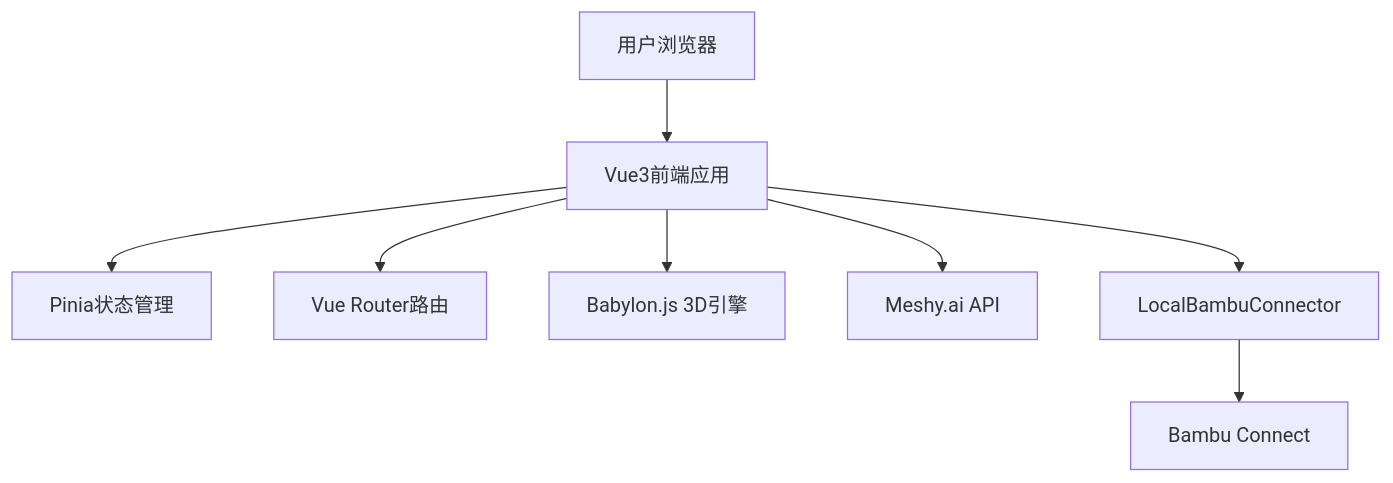
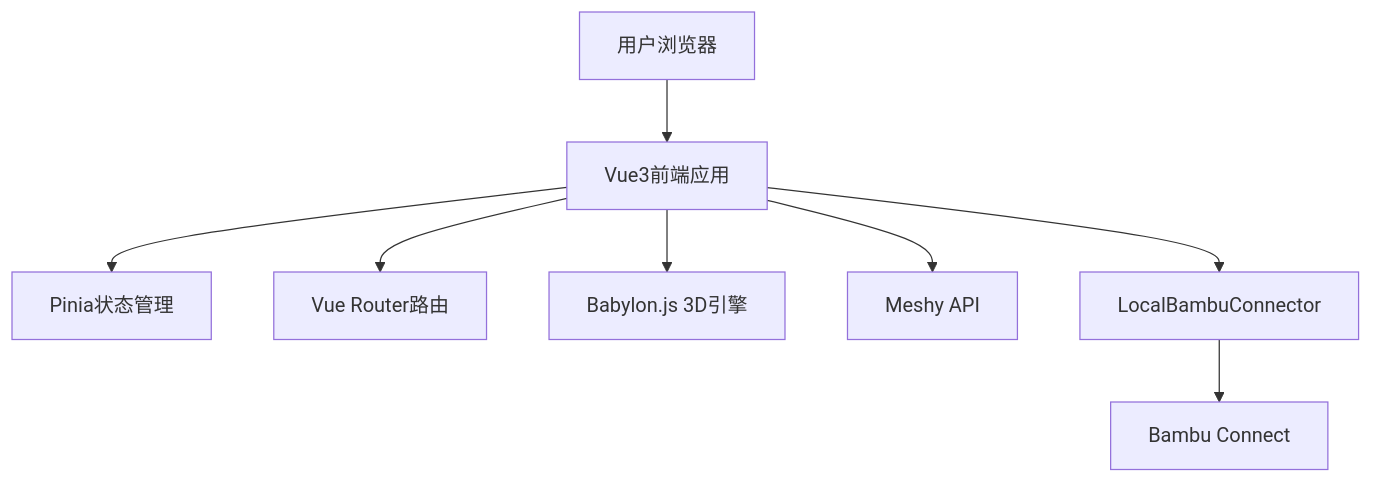
One commit to sunqirui1987/qiniu-hackathon-3d changed the diagram in README.md. Above: the diagram before and after it, drawn with Mermaid. The commit also changed other lines of this file and 4 other files, not shown here.

````diff
--- a/README.md
+++ b/README.md
@@ -31,10 +63,10 @@
 ```mermaid
 graph TD
     A[用户浏览器] --> B[Vue3前端应用]
     B --> C[Pinia状态管理]
     B --> D[Vue Router路由]
     B --> E[Babylon.js 3D引擎]
-    B --> F[Meshy.ai API]
+    B --> F[Meshy API]
     B --> G[LocalBambuConnector]
     G --> H[Bambu Connect]
 ```
````
